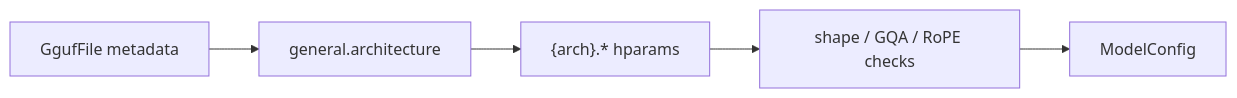
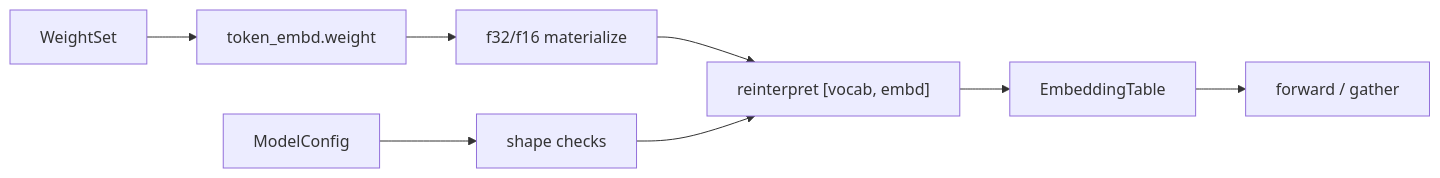
One commit to 404khai/phalanx changed the second of 2 diagrams in runtime/docs/architecture.md. Above: the diagram before and after it, drawn with Mermaid. The commit also changed other lines of this file and 14 other files, not shown here.

First line of the commit message:
feat(layers): add token embedding gather from GGUF weights

````diff
--- a/runtime/docs/architecture.md
+++ b/runtime/docs/architecture.md
@@ -52,7 +57,10 @@
 ```mermaid
 flowchart LR
-    Meta["GgufFile metadata"] --> Arch["general.architecture"]
-    Arch --> Keys["{arch}.* hparams"]
-    Keys --> Validate["shape / GQA / RoPE checks"]
-    Validate --> Cfg["ModelConfig"]
+    W["WeightSet"] --> T["token_embd.weight"]
+    C["ModelConfig"] --> V["shape checks"]
+    T --> M["f32/f16 materialize"]
+    M --> R["reinterpret [vocab, embd]"]
+    V --> R
+    R --> E["EmbeddingTable"]
+    E --> G["forward / gather"]
 ```
````
